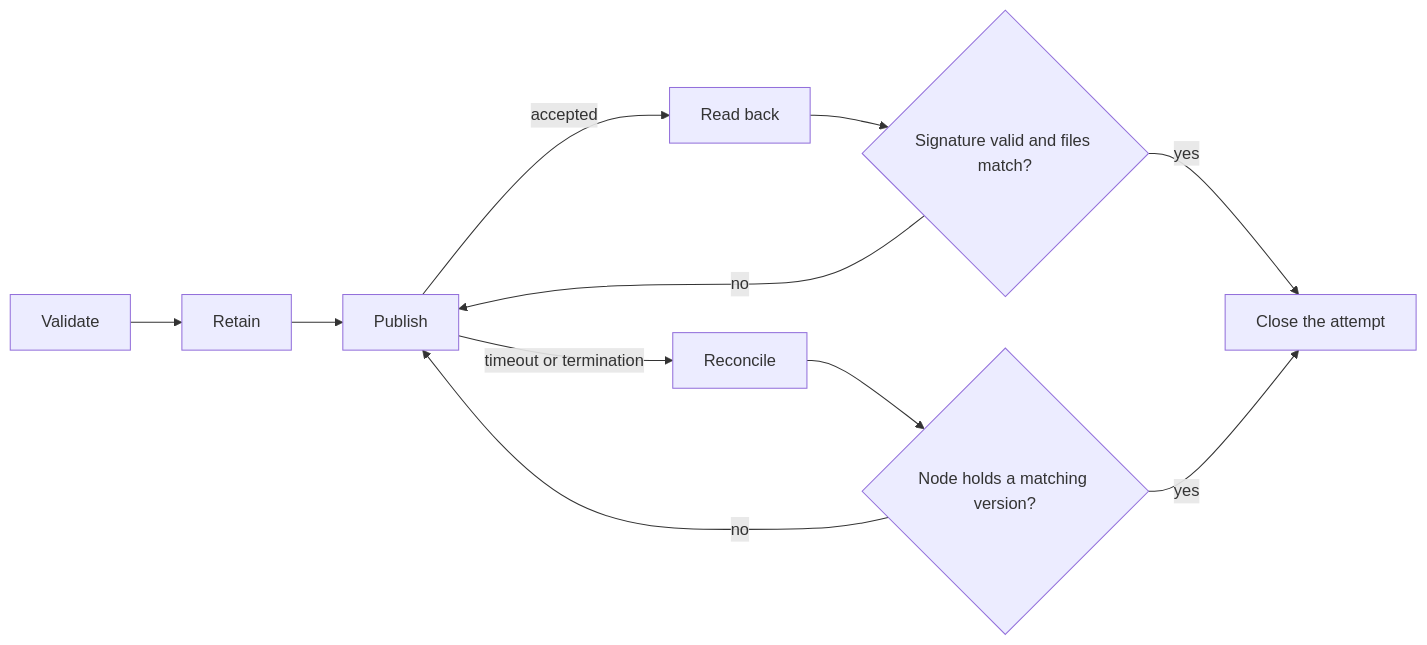
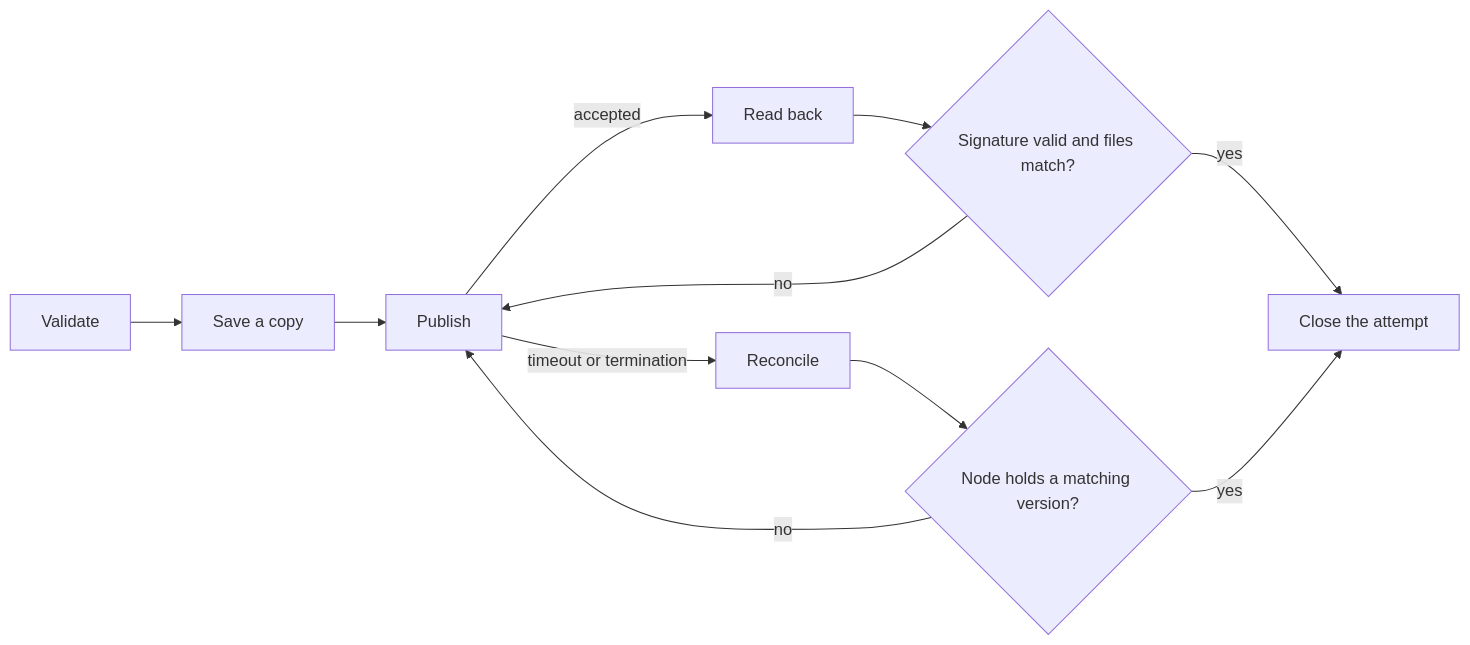
One commit to EVY-Platform/evy-freenet-plans changed the diagram in 1-freenet-mobile-appkit/04-bundles.md. Above: the diagram before and after it, drawn with Mermaid. The commit also changed other lines of this file and 37 other files, not shown here.

````diff
--- a/1-freenet-mobile-appkit/04-bundles.md
+++ b/1-freenet-mobile-appkit/04-bundles.md
@@ -115,13 +103,13 @@
 ```mermaid
 flowchart LR
-    A[Validate] --> B[Retain]
+    A[Validate] --> B[Save a copy]
     B --> C[Publish]
     C -- accepted --> D[Read back]
     C -- timeout or termination --> E[Reconcile]
     D --> F{Signature valid and files match?}
     E --> G{Node holds a matching version?}
     F -- yes --> H[Close the attempt]
     G -- yes --> H
     F -- no --> C
     G -- no --> C
 ```
````
